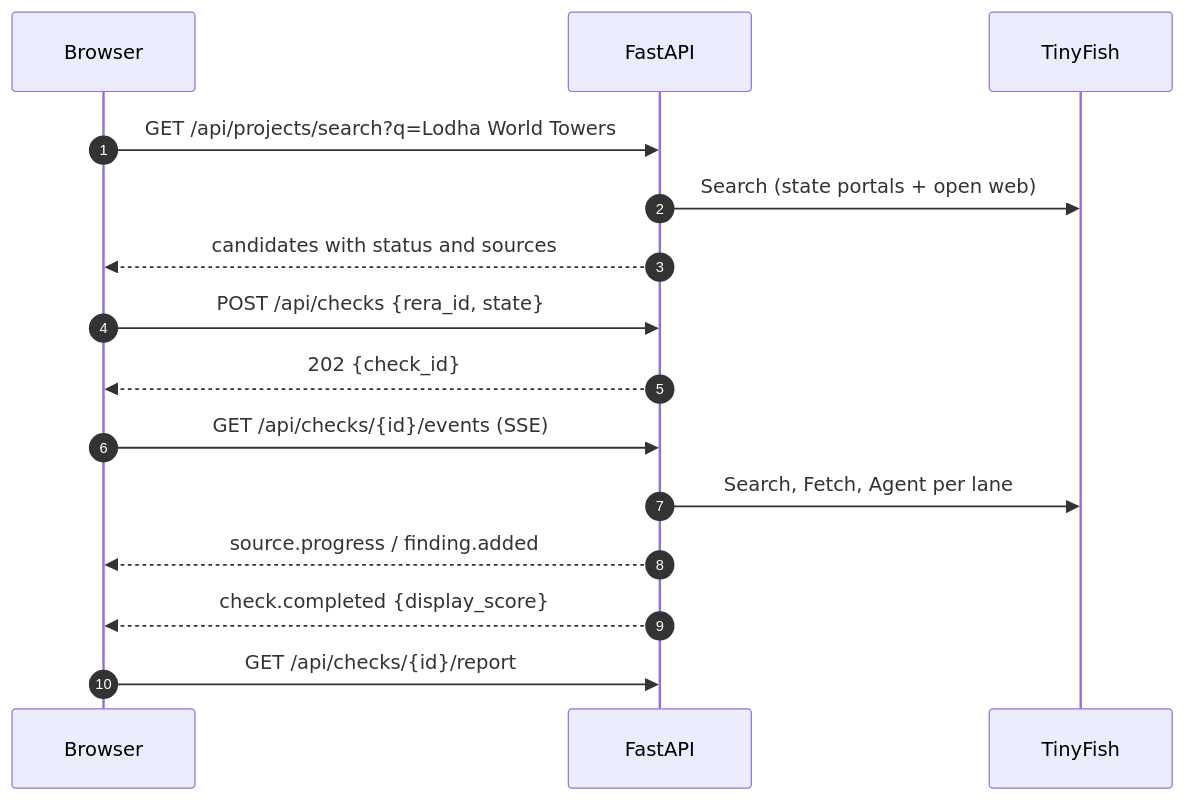
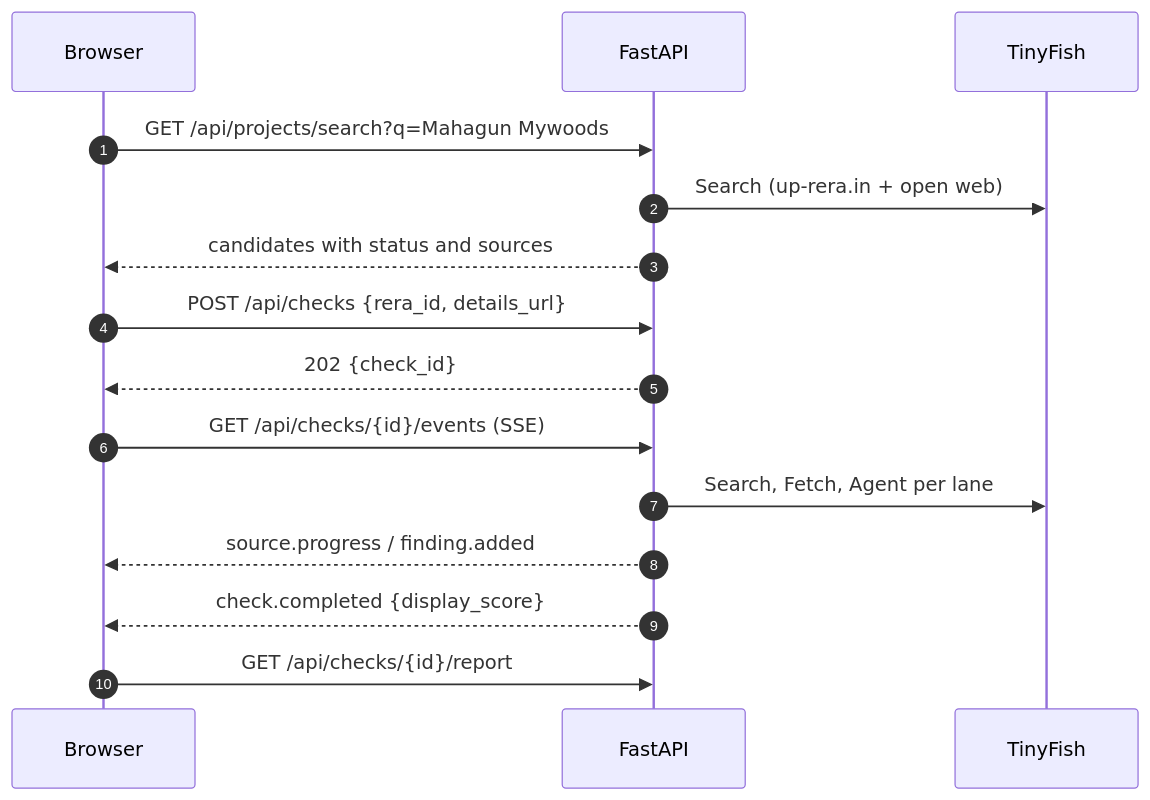
The second of 2 diagrams in README.md (Nitinmittal373/HACKATHON_IIIT-DELHI_2026), drawn with Mermaid before and after one commit. The commit also changed other lines of this file and 12 other files, not shown here.

````diff
--- a/README.md
+++ b/README.md
@@ -223,17 +209,17 @@
 ```mermaid
 sequenceDiagram
     autonumber
     participant B as Browser
     participant A as FastAPI
     participant T as TinyFish
-    B->>A: GET /api/projects/search?q=Lodha World Towers
-    A->>T: Search (state portals + open web)
+    B->>A: GET /api/projects/search?q=Mahagun Mywoods
+    A->>T: Search (up-rera.in + open web)
     A-->>B: candidates with status and sources
-    B->>A: POST /api/checks {rera_id, state}
+    B->>A: POST /api/checks {rera_id, details_url}
     A-->>B: 202 {check_id}
     B->>A: GET /api/checks/{id}/events (SSE)
     A->>T: Search, Fetch, Agent per lane
     A-->>B: source.progress / finding.added
     A-->>B: check.completed {display_score}
     B->>A: GET /api/checks/{id}/report
 ```
````
